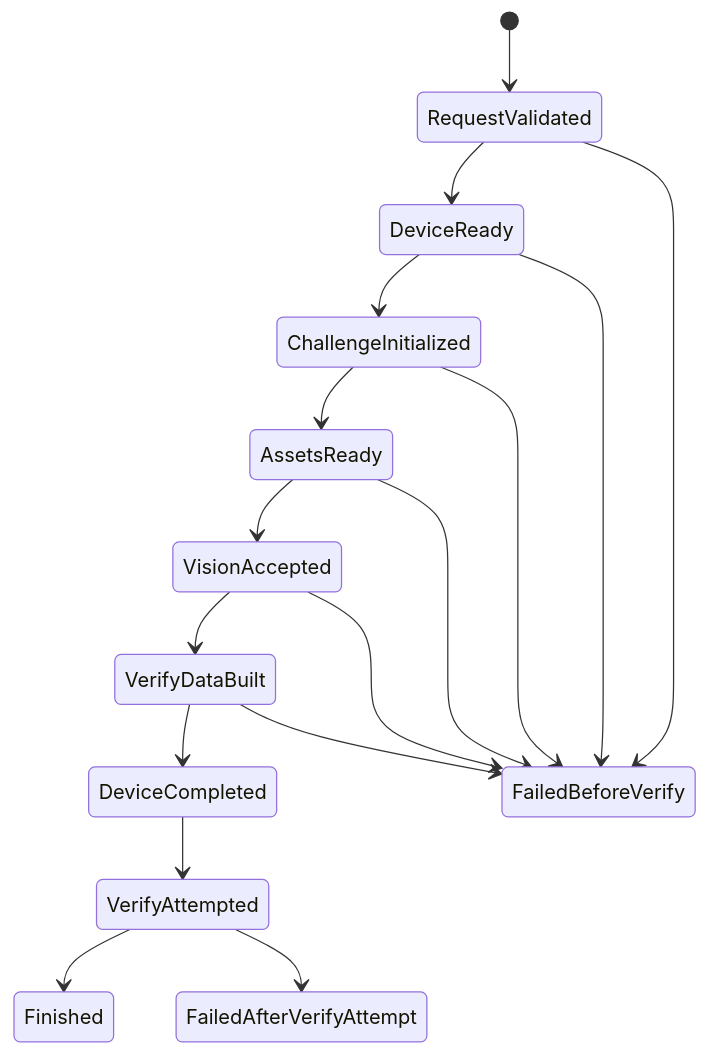
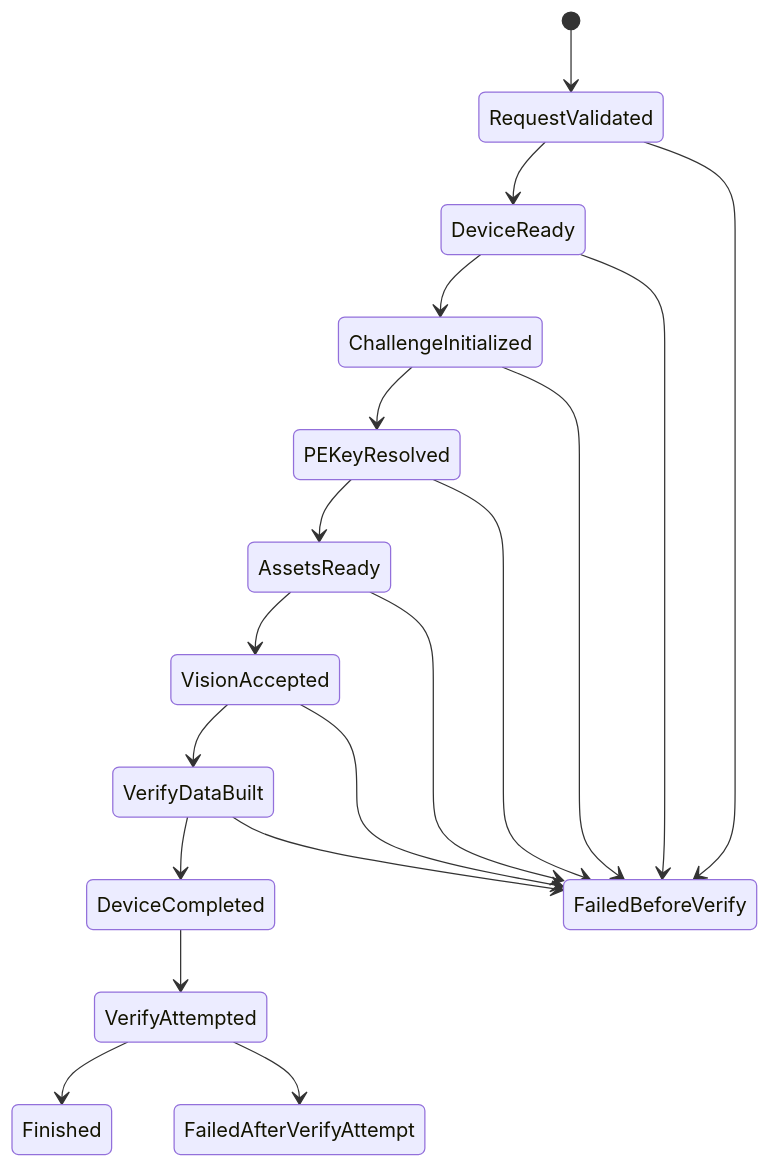
Before and after one commit to d2120848471/v3: the second of 2 diagrams in ali-slider-go/docs/architecture.md, drawn with Mermaid. The commit also changed other lines of this file and 38 other files, not shown here.

````diff
--- a/ali-slider-go/docs/architecture.md
+++ b/ali-slider-go/docs/architecture.md
@@ -82,20 +86,22 @@
 ```mermaid
 stateDiagram-v2
     [*] --> RequestValidated
     RequestValidated --> DeviceReady
     DeviceReady --> ChallengeInitialized
-    ChallengeInitialized --> AssetsReady
+    ChallengeInitialized --> PEKeyResolved
+    PEKeyResolved --> AssetsReady
     AssetsReady --> VisionAccepted
     VisionAccepted --> VerifyDataBuilt
     VerifyDataBuilt --> DeviceCompleted
     DeviceCompleted --> VerifyAttempted
     VerifyAttempted --> Finished
 
     RequestValidated --> FailedBeforeVerify
     DeviceReady --> FailedBeforeVerify
     ChallengeInitialized --> FailedBeforeVerify
+    PEKeyResolved --> FailedBeforeVerify
     AssetsReady --> FailedBeforeVerify
     VisionAccepted --> FailedBeforeVerify
     VerifyDataBuilt --> FailedBeforeVerify
     VerifyAttempted --> FailedAfterVerifyAttempt
 ```
````
